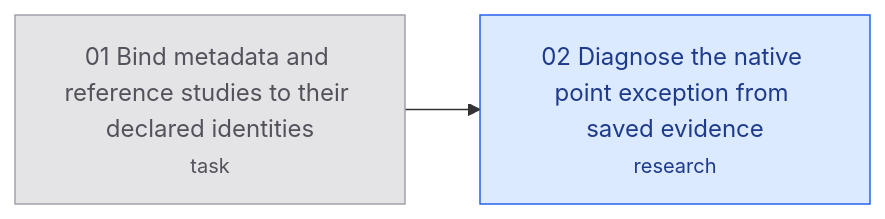
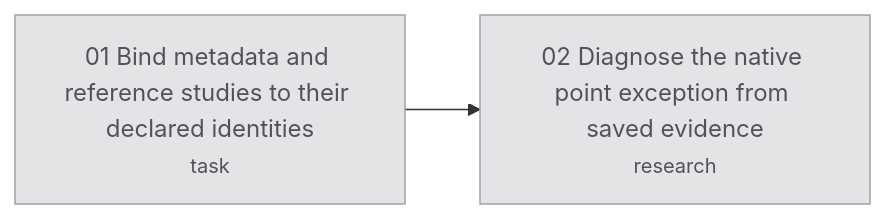
One commit to hugues-vnsgn/jev-ios-bridge changed the diagram in .scratch/native-study-identities/map.md. Above: the diagram before and after it, drawn with Mermaid. The commit also changed other lines of this file and 28 other files, not shown here.

````diff
--- a/.scratch/native-study-identities/map.md
+++ b/.scratch/native-study-identities/map.md
@@ -27,12 +32,11 @@
 ```mermaid
 flowchart LR
     T01["01 Bind metadata and reference studies to their declared identities<br/><small>task</small>"]
     T02["02 Diagnose the native point exception from saved evidence<br/><small>research</small>"]
     T01 --> T02
     classDef resolved fill:#e4e4e7,stroke:#a1a1aa,color:#52525b
     classDef claimed fill:#dbeafe,stroke:#2563eb,color:#1e3a8a
     classDef frontier fill:#dcfce7,stroke:#16a34a,color:#14532d,stroke-width:2px
     classDef blocked fill:#ffffff,stroke:#a1a1aa,color:#18181b
-    class T01 resolved
-    class T02 claimed
+    class T01,T02 resolved
 ```
````
